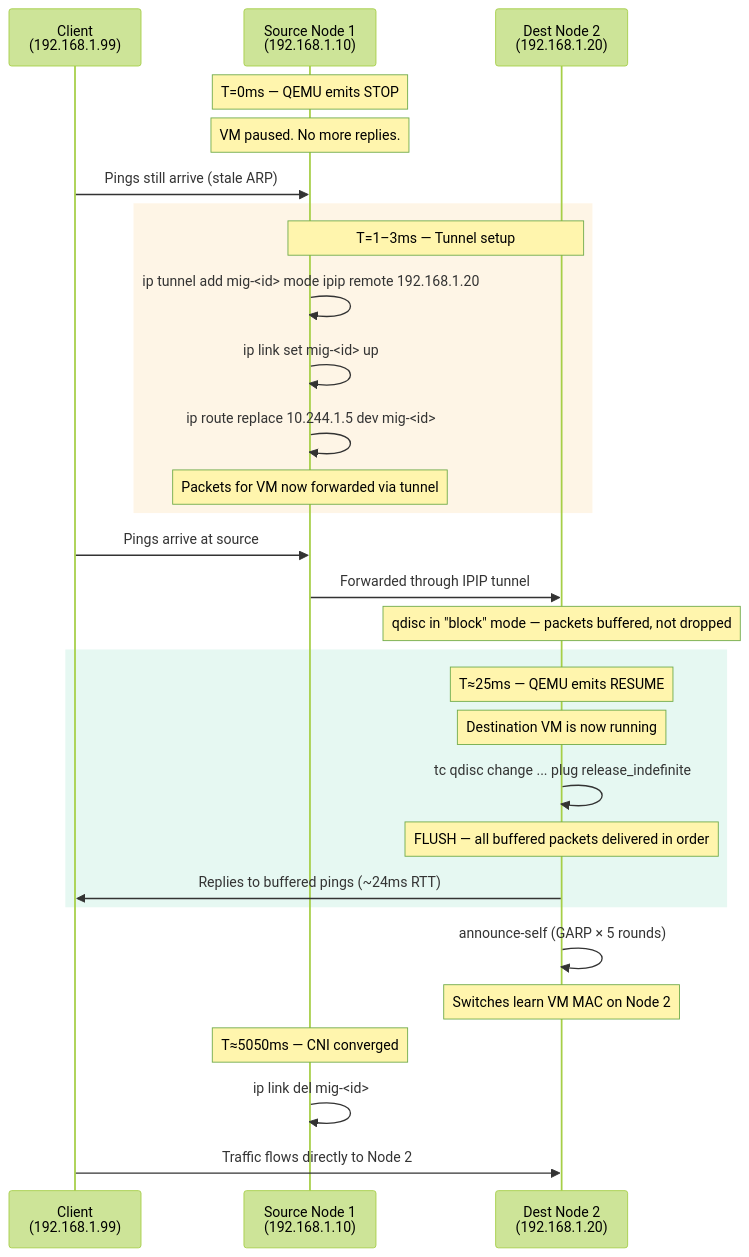
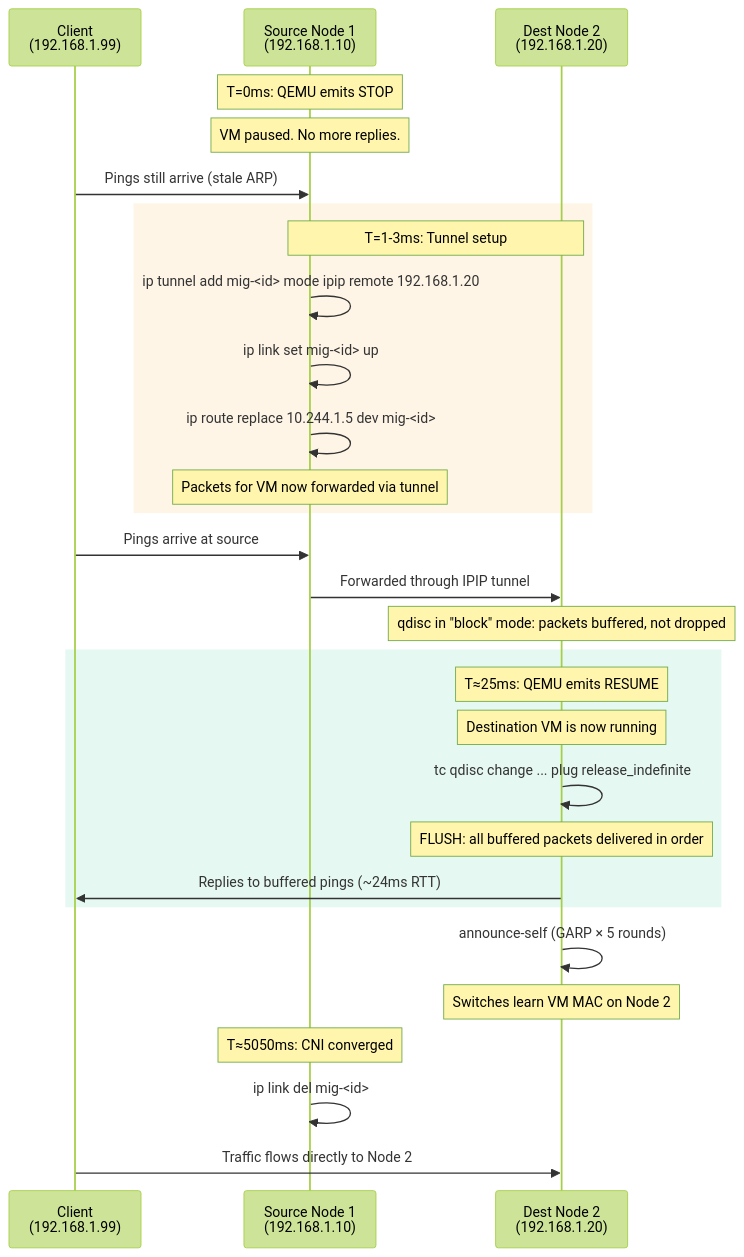
One commit to maci0/katamaran changed the second of 3 diagrams in docs/TESTING.md. Above: the diagram before and after it, drawn with Mermaid (forest theme). The commit also changed other lines of this file and 64 other files, not shown here.

````diff
--- a/docs/TESTING.md
+++ b/docs/TESTING.md
@@ -494,37 +494,37 @@
 ```mermaid
 sequenceDiagram
     participant C as Client<br/>(192.168.1.99)
     participant S as Source Node 1<br/>(192.168.1.10)
     participant D as Dest Node 2<br/>(192.168.1.20)
 
-    Note over S: T=0ms — QEMU emits STOP
+    Note over S: T=0ms: QEMU emits STOP
     Note over S: VM paused. No more replies.
     C->>S: Pings still arrive (stale ARP)
 
     rect rgb(245, 158, 11, 0.1)
-    Note over S,D: T=1–3ms — Tunnel setup
+    Note over S,D: T=1-3ms: Tunnel setup
     S->>S: ip tunnel add mig-<id> mode ipip remote 192.168.1.20
     S->>S: ip link set mig-<id> up
     S->>S: ip route replace 10.244.1.5 dev mig-<id>
     Note over S: Packets for VM now forwarded via tunnel
     end
 
     C->>S: Pings arrive at source
     S->>D: Forwarded through IPIP tunnel
-    Note over D: qdisc in "block" mode — packets buffered, not dropped
+    Note over D: qdisc in "block" mode: packets buffered, not dropped
 
     rect rgb(16, 185, 129, 0.1)
-    Note over D: T≈25ms — QEMU emits RESUME
+    Note over D: T≈25ms: QEMU emits RESUME
     Note over D: Destination VM is now running
     D->>D: tc qdisc change ... plug release_indefinite
-    Note over D: FLUSH — all buffered packets delivered in order
+    Note over D: FLUSH: all buffered packets delivered in order
     D->>C: Replies to buffered pings (~24ms RTT)
     end
 
     D->>D: announce-self (GARP × 5 rounds)
     Note over D: Switches learn VM MAC on Node 2
 
-    Note over S: T≈5050ms — CNI converged
+    Note over S: T≈5050ms: CNI converged
     S->>S: ip link del mig-<id>
     C->>D: Traffic flows directly to Node 2
 ```
````
